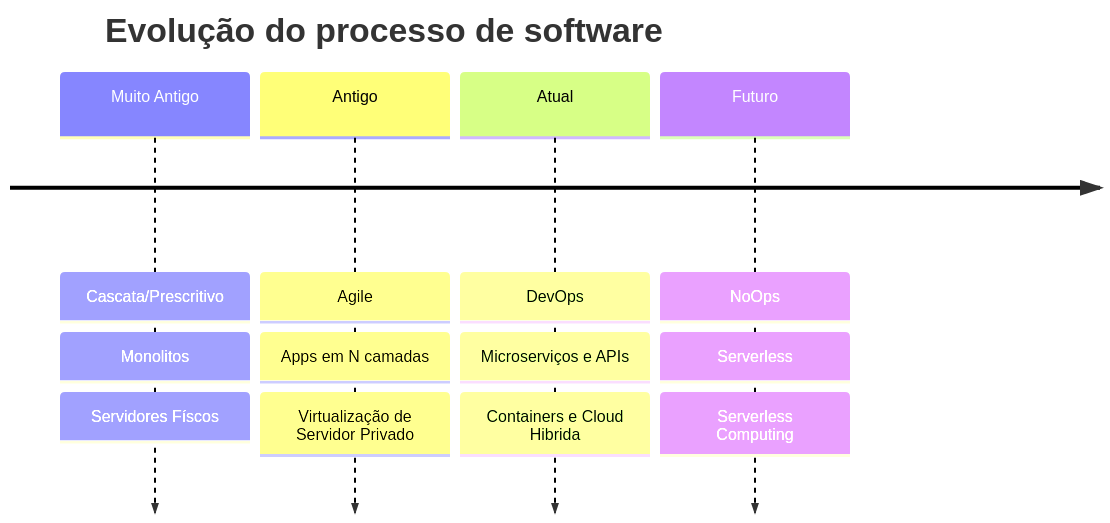
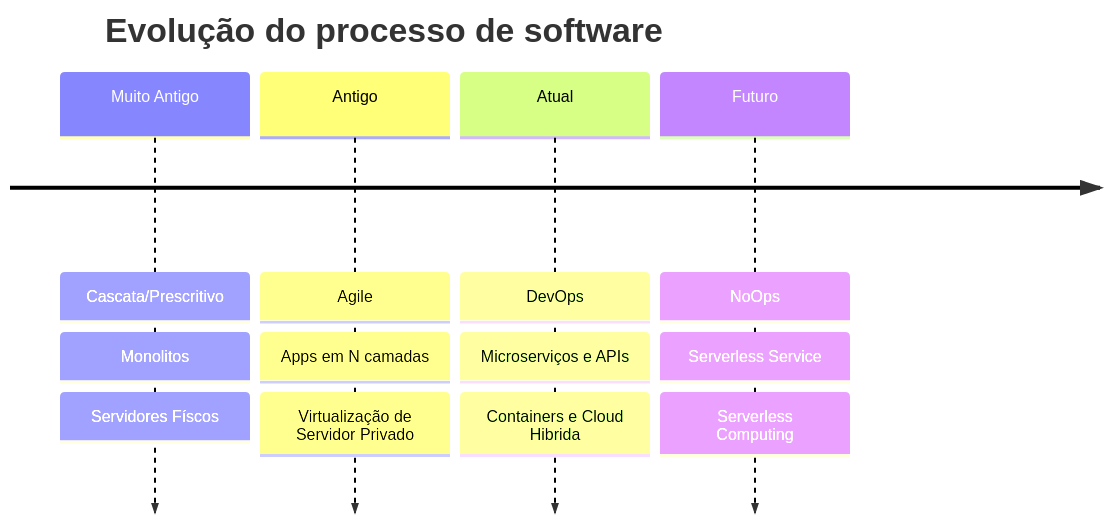
Before and after one commit to brunoruas2/ciencia_computacao: the diagram in docs/03-cursos/03-arquitetura-software/02-fundamentos-arq-soft/01-introducao.md, drawn with Mermaid. The commit also changed other lines of this file, not shown here.

````diff
--- a/docs/03-cursos/03-arquitetura-software/02-fundamentos-arq-soft/01-introducao.md
+++ b/docs/03-cursos/03-arquitetura-software/02-fundamentos-arq-soft/01-introducao.md
@@ -24,17 +28,17 @@
 ```mermaid
 timeline
 	title Evolução do processo de software
 	Muito Antigo : Cascata/Prescritivo
 	: Monolitos
 	: Servidores Físcos
 	Antigo : Agile
 	: Apps em N camadas
 	: Virtualização de Servidor Privado
 	Atual : DevOps
 	: Microserviços e APIs
 	: Containers e Cloud Hibrida
 	Futuro : NoOps
-	: Serverless
+	: Serverless Service
 	: Serverless Computing
 	
 ```
````
